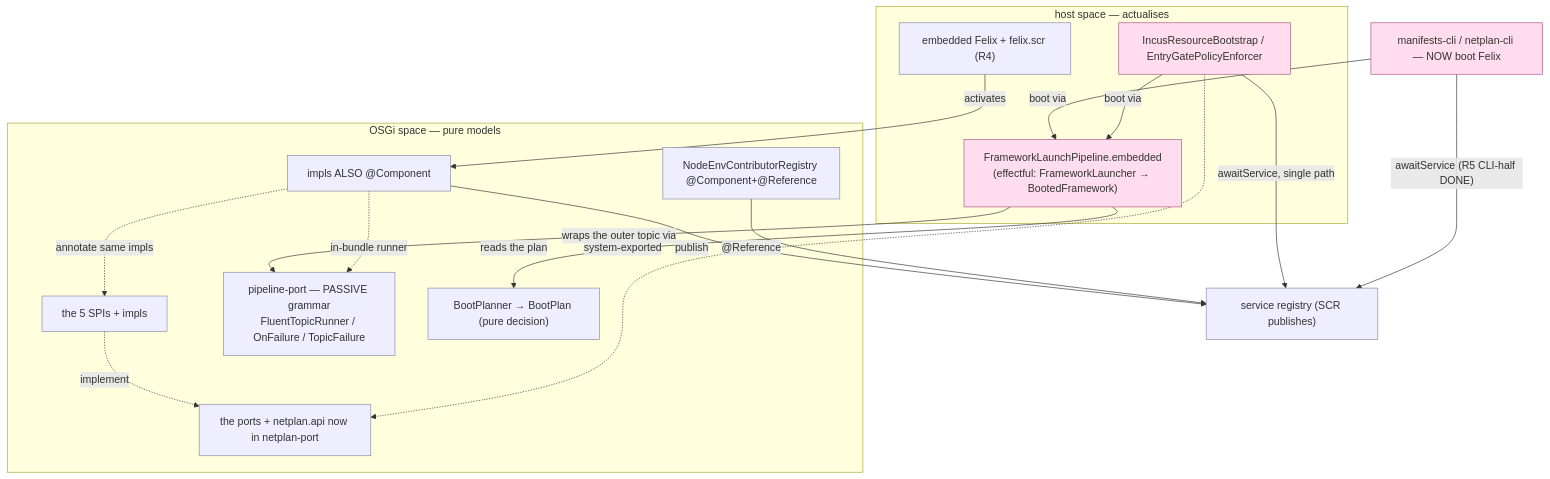
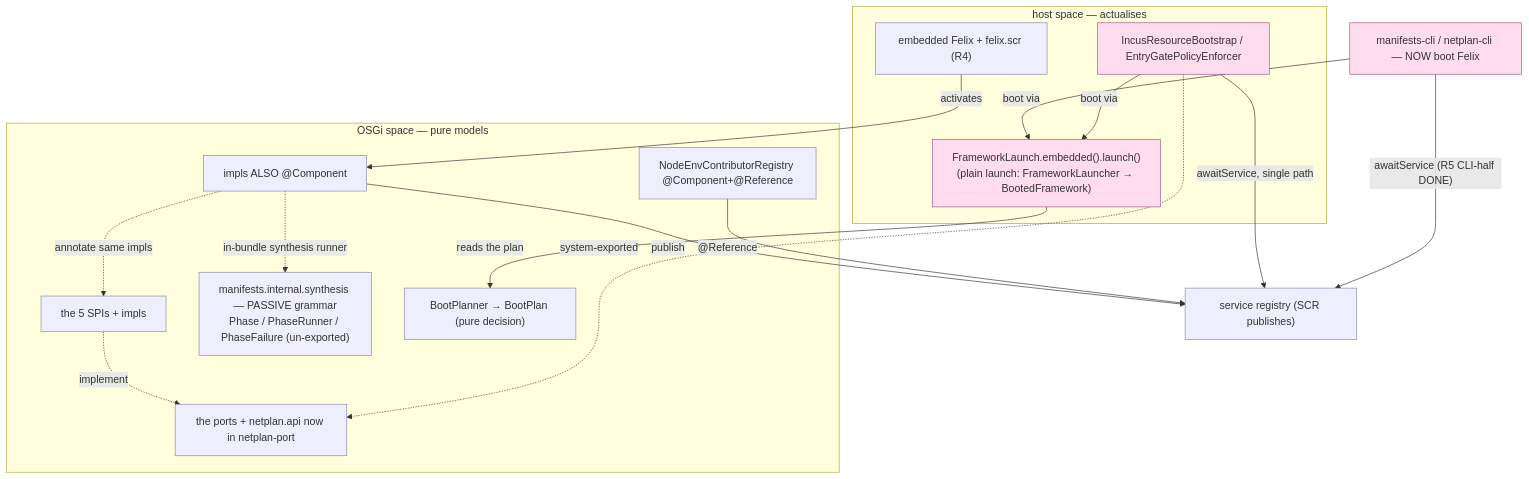
Before and after one commit to nxmatic/rke2lab: the fourth of 4 diagrams in docs/architecture/atlas/runtime.adoc, drawn with Mermaid. The commit also changed other lines of this file and 18 other files, not shown here.

```diff
--- a/docs/architecture/atlas/runtime.adoc
+++ b/docs/architecture/atlas/runtime.adoc
@@ -228,35 +231,34 @@
 [mermaid]
 ....
 flowchart TB
   subgraph OSGI["OSGi space — pure models"]
     bapi["the ports + netplan.api now in netplan-port"]:::osgi
     spi["the 5 SPIs + impls"]:::osgi
     comp["impls ALSO @Component"]:::osgi
     reg2["NodeEnvContributorRegistry @Component+@Reference"]:::osgi
-    pc["pipeline-port — PASSIVE grammar<br/>FluentTopicRunner / OnFailure / TopicFailure"]:::osgi
+    pc["manifests.internal.synthesis — PASSIVE grammar<br/>Phase / PhaseRunner / PhaseFailure (un-exported)"]:::osgi
     plan["BootPlanner → BootPlan (pure decision)"]:::osgi
   end
   subgraph HOST["host space — actualises"]
     seam0["IncusResourceBootstrap / EntryGatePolicyEnforcer"]:::host
     fx["embedded Felix + felix.scr (R4)"]:::osgi
-    flp["FrameworkLaunchPipeline.embedded<br/>(effectful: FrameworkLauncher → BootedFramework)"]:::host
+    flp["FrameworkLaunch.embedded().launch()<br/>(plain launch: FrameworkLauncher → BootedFramework)"]:::host
   end
   cli["manifests-cli / netplan-cli — NOW boot Felix"]:::host
   reg["service registry (SCR publishes)"]:::osgi
   comp -.->|annotate same impls| spi
   fx -->|activates| comp
   comp -->|publish| reg
   seam0 -->|"awaitService, single path"| reg
   reg2 -->|"@Reference"| reg
   cli -->|"awaitService (R5 CLI-half DONE)"| reg
   cli -->|boot via| flp
   seam0 -->|boot via| flp
   flp -->|"reads the plan"| plan
-  flp -->|"wraps the outer topic via"| pc
-  comp -.->|"in-bundle runner"| pc
+  comp -.->|"in-bundle synthesis runner"| pc
   spi -.->|implement| bapi
   seam0 -.->|"system-exported"| bapi
   classDef osgi fill:#eef,stroke:#88a,stroke-width:1px;
   classDef host fill:#fde,stroke:#a58,stroke-width:1px;
   classDef neu fill:#dfd,stroke:#2a2,stroke-width:3px;
 ....
```
